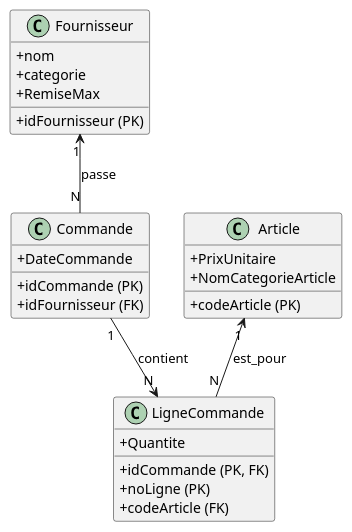
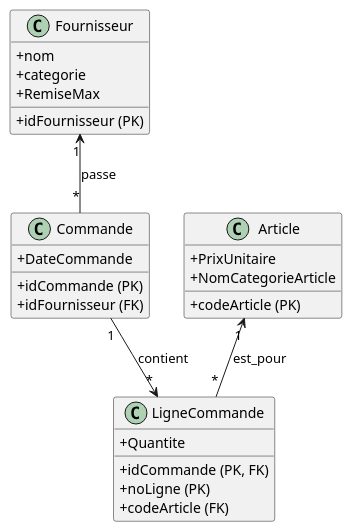
Before and after one commit to timotirob/bloc2: the diagram in 05-CORR-FormesNormales.adoc, drawn with PlantUML.

Commit message:
Avec exercice type étude de cas corrigé

```diff
--- a/05-CORR-FormesNormales.adoc
+++ b/05-CORR-FormesNormales.adoc
@@ -753,34 +753,34 @@
 [plantuml, uml-final-normalise, svg]
 ----
 skinparam ClassAttributeIconSize 0
 
 class Fournisseur {
     + idFournisseur (PK)
     + nom
     + categorie
     + RemiseMax
 }
 
 class Article {
     + codeArticle (PK)
     + PrixUnitaire
     + NomCategorieArticle
 }
 
 class Commande {
     + idCommande (PK)
     + DateCommande
     + idFournisseur (FK)
 }
 
 class LigneCommande {
     + idCommande (PK, FK)
     + noLigne (PK)
     + codeArticle (FK)
     + Quantite
 }
 
-Fournisseur "1" <-- "N" Commande : passe
-Commande "1" --> "N" LigneCommande : contient
-Article "1" <-- "N" LigneCommande : est_pour
+Fournisseur "1" <-- "*" Commande : passe
+Commande "1" --> "*" LigneCommande : contient
+Article "1" <-- "*" LigneCommande : est_pour
 ----
```
